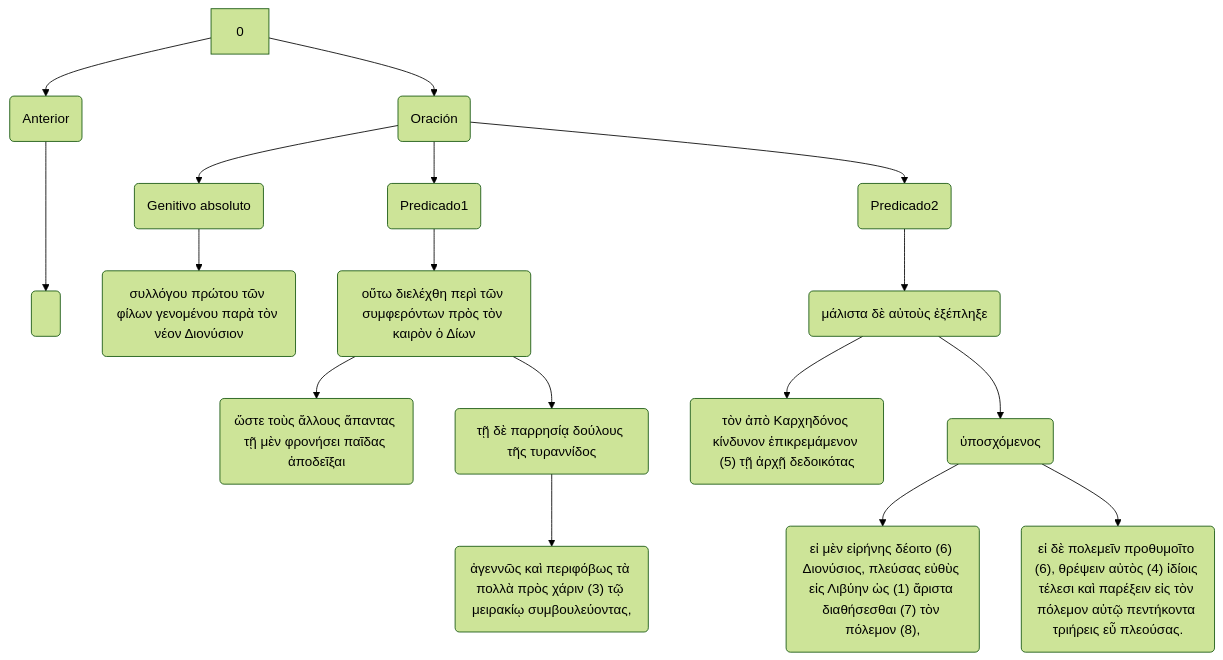
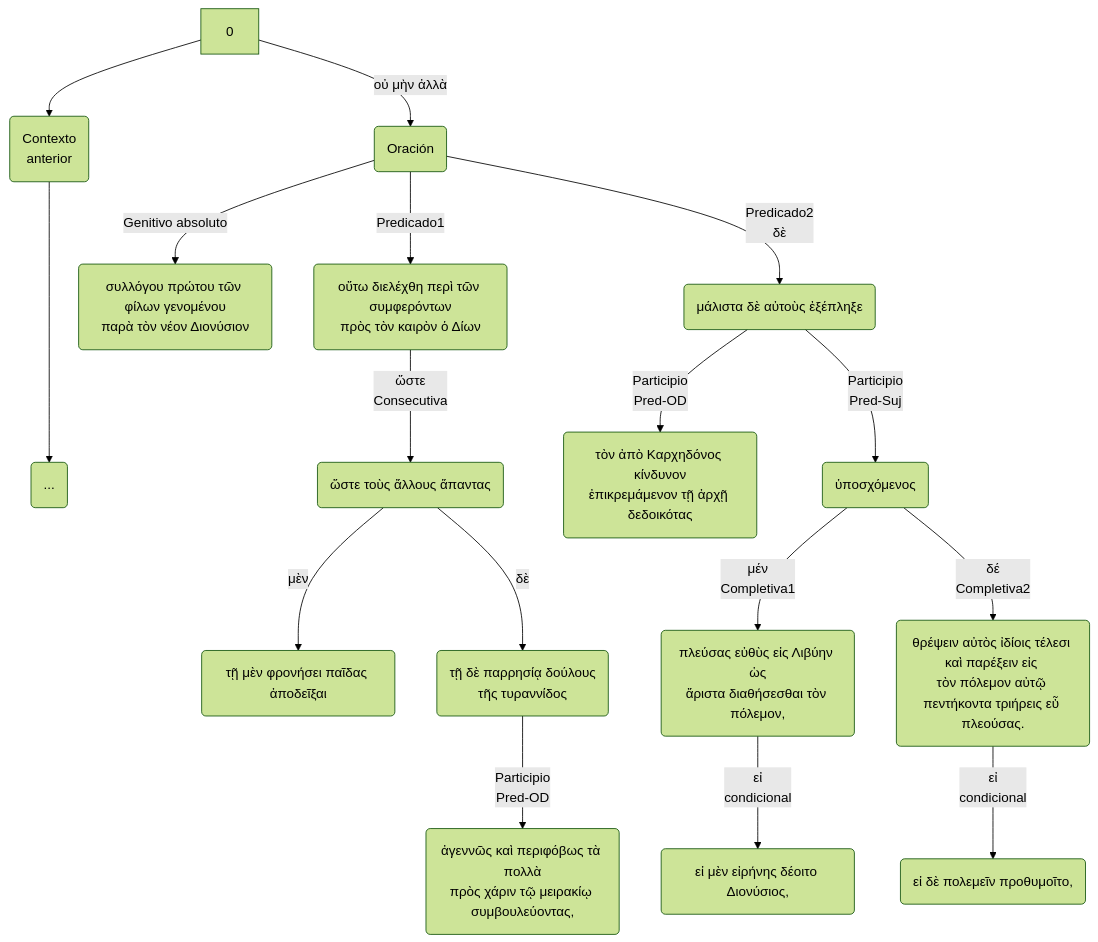
The sixth of 11 diagrams in docs/Plutarch_Dion/Dion.md (pajaro1966/Asignaturas), drawn with Mermaid (forest theme) before and after one commit. The commit also changed other lines of this file and 4 other files, not shown here.

````diff
--- a/docs/Plutarch_Dion/Dion.md
+++ b/docs/Plutarch_Dion/Dion.md
@@ -354,16 +352,14 @@
-```mermaid
-graph TB
-0-->A("Anterior")--->A1("&nbsp;")
-0-->B("Oración")
-B-->B1("Genitivo absoluto")-->B11("συλλόγου πρώτου τῶν φίλων γενομένου παρὰ τὸν νέον Διονύσιον ")
-B-->B2("Predicado1")-->B21("οὕτω διελέχθη περὶ τῶν συμφερόντων πρὸς τὸν καιρὸν ὁ Δίων")
-B21-->B211("ὥστε τοὺς ἄλλους ἅπαντας τῇ μὲν φρονήσει παῖδας ἀποδεῖξαι")
-B21-->B212("τῇ δὲ παρρησίᾳ δούλους τῆς τυραννίδος")
-B212-->B2121("ἀγεννῶς καὶ περιφόβως τὰ πολλὰ πρὸς χάριν (3) τῷ μειρακίῳ συμβουλεύοντας,")
-
-B-->B3("Predicado2")-->B31(" μάλιστα δὲ αὐτοὺς ἐξέπληξε")-->B311("τὸν ἀπὸ Καρχηδόνος κίνδυνον ἐπικρεμάμενον (5) τῇ ἀρχῇ δεδοικότας")
-B31-->B312("ὑποσχόμενος")
-B312-->B3121("εἰ μὲν εἰρήνης δέοιτο (6) Διονύσιος, πλεύσας εὐθὺς εἰς Λιβύην ὡς (1) ἄριστα διαθήσεσθαι (7) τὸν πόλεμον (8),")
-B312-->B3122("εἰ δὲ πολεμεῖν προθυμοῖτο (6), θρέψειν αὐτὸς (4) ἰδίοις τέλεσι καὶ παρέξειν εἰς τὸν πόλεμον αὐτῷ πεντήκοντα τριήρεις εὖ πλεούσας.")
-
-```
+    ```mermaid
+    graph TB
+    0-->A("Contexto<br>anterior")--->A1("...")
+    0-->|"οὐ μὴν ἀλλὰ"|B("Oración")
+    B-->|"Genitivo absoluto"|B11("συλλόγου πρώτου τῶν φίλων γενομένου<br>παρὰ τὸν νέον Διονύσιον ")
+    B-->|"Predicado1"|B21("οὕτω διελέχθη περὶ τῶν συμφερόντων<br>πρὸς τὸν καιρὸν ὁ Δίων")
+    B21-->|"ὥστε<br>Consecutiva"|B211("ὥστε τοὺς ἄλλους ἅπαντας")-->|"μὲν"|B2111("τῇ μὲν φρονήσει παῖδας ἀποδεῖξαι")
+    B211-->|"δὲ"|B2112("τῇ δὲ παρρησίᾳ δούλους<br>τῆς τυραννίδος")
+    B2112-->|"Participio<br>Pred-OD"|B21121("ἀγεννῶς καὶ περιφόβως τὰ πολλὰ<br>πρὸς χάριν τῷ μειρακίῳ συμβουλεύοντας,")
+    B-->|"Predicado2<br>δὲ"|B31("μάλιστα δὲ αὐτοὺς ἐξέπληξε")-->|"Participio<br>Pred-OD"|B311("τὸν ἀπὸ Καρχηδόνος κίνδυνον<br>ἐπικρεμάμενον τῇ ἀρχῇ δεδοικότας")
+    B31-->|"Participio<br>Pred-Suj"|B312("ὑποσχόμενος")
+    B312-->|"μέν<br>Completiva1"|B3121("πλεύσας εὐθὺς εἰς Λιβύην ὡς<br>ἄριστα διαθήσεσθαι τὸν πόλεμον,")-->|"εἰ<br>condicional"|B31211("εἰ μὲν εἰρήνης δέοιτο Διονύσιος,")
+    B312-->|"δέ<br>Completiva2"|B3122("θρέψειν αὐτὸς ἰδίοις τέλεσι καὶ παρέξειν εἰς <br>τὸν πόλεμον αὐτῷ πεντήκοντα τριήρεις εὖ πλεούσας.")-->|"εἰ<br>condicional"|B31221("εἰ δὲ πολεμεῖν προθυμοῖτο,")
+    ```
````
